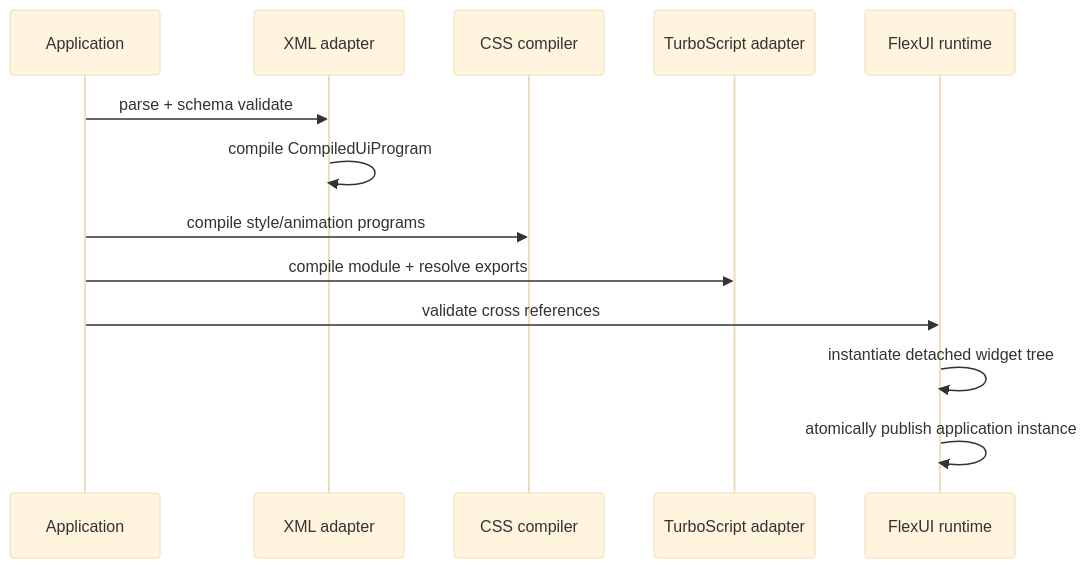
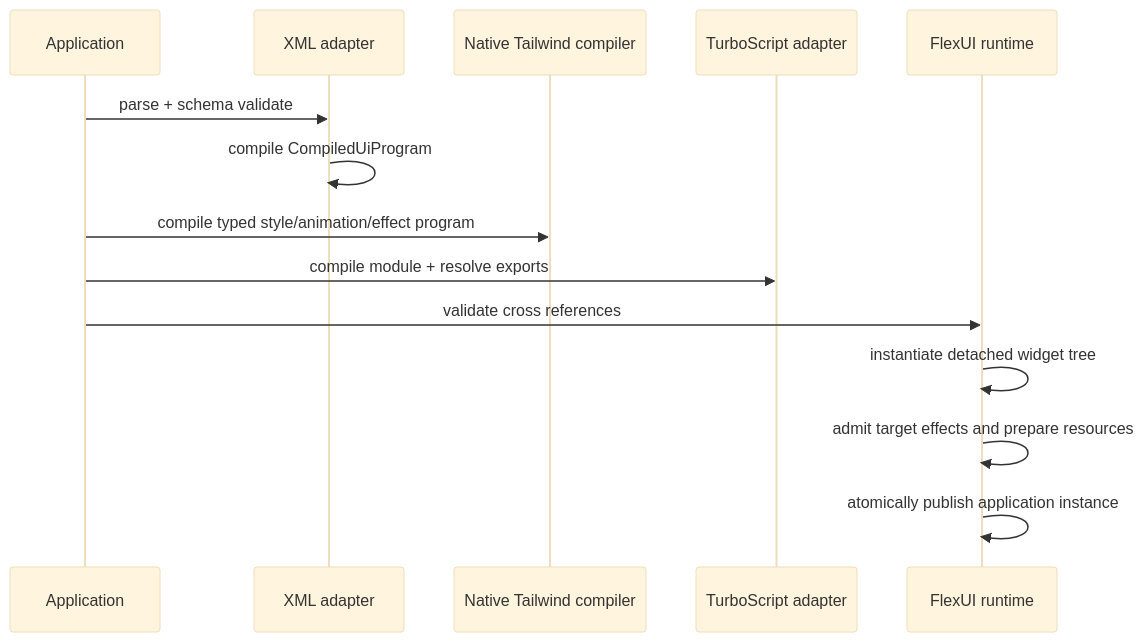
Before and after one commit to qigao/stun: the second of 2 diagrams in flexUI/docs/XML_CSS_TBS_ARCHITECTURE.md, drawn with Mermaid (base theme). The commit also changed other lines of this file and 14 other files, not shown here.

Commit message:
docs: define native Tailwind and backend shader contracts

````diff
--- a/flexUI/docs/XML_CSS_TBS_ARCHITECTURE.md
+++ b/flexUI/docs/XML_CSS_TBS_ARCHITECTURE.md
@@ -456,16 +469,17 @@
 ```mermaid
 sequenceDiagram
     participant App as Application
     participant XML as XML adapter
-    participant CSS as CSS compiler
+    participant TW as Native Tailwind compiler
     participant TBS as TurboScript adapter
     participant Runtime as FlexUI runtime
 
     App->>XML: parse + schema validate
     XML->>XML: compile CompiledUiProgram
-    App->>CSS: compile style/animation programs
+    App->>TW: compile typed style/animation/effect program
     App->>TBS: compile module + resolve exports
     App->>Runtime: validate cross references
     Runtime->>Runtime: instantiate detached widget tree
+    Runtime->>Runtime: admit target effects and prepare resources
     Runtime->>Runtime: atomically publish application instance
 ```
````
